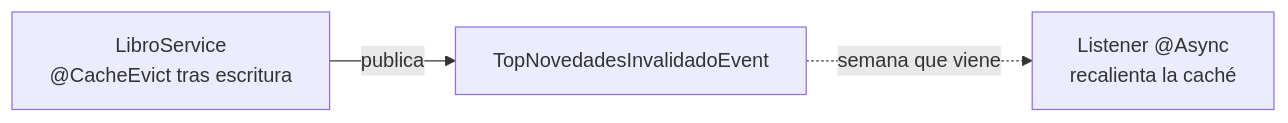
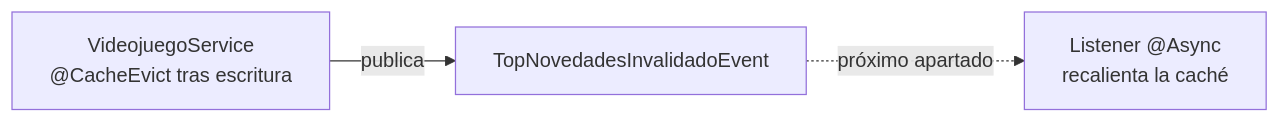
One commit to aitorventura/programacion-servicios-procesos changed the diagram in docs/tema3/eventos-warmup-cache.md. Above: the diagram before and after it, drawn with Mermaid. The commit also changed other lines of this file and 29 other files, not shown here.

````diff
--- a/docs/tema3/eventos-warmup-cache.md
+++ b/docs/tema3/eventos-warmup-cache.md
@@ -59,5 +59,5 @@
 ```mermaid
 flowchart LR
-    A["LibroService<br/>@CacheEvict tras escritura"] -->|"publica"| B["TopNovedadesInvalidadoEvent"]
-    B -.->|"semana que viene"| C["Listener @Async<br/>recalienta la caché"]
+    A["VideojuegoService<br/>@CacheEvict tras escritura"] -->|"publica"| B["TopNovedadesInvalidadoEvent"]
+    B -.->|"próximo apartado"| C["Listener @Async<br/>recalienta la caché"]
 ```
````
